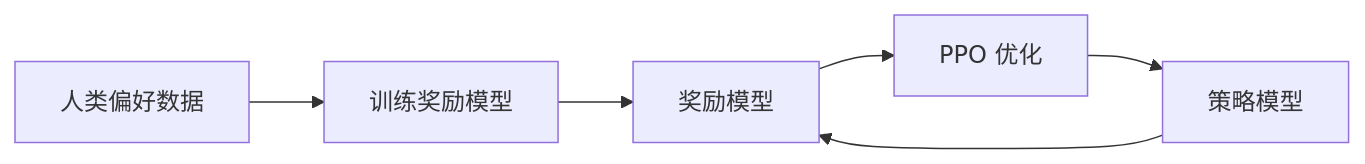
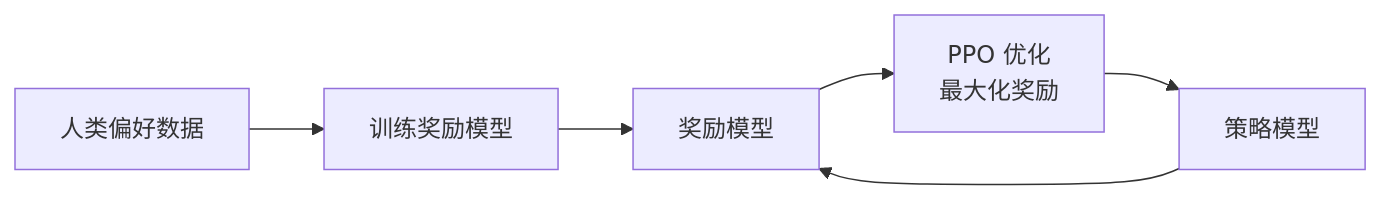
Before and after one commit to noisystreet/agent_keytech: the diagram in source/chapter_08_advanced/02_rlhf.rst, drawn with Mermaid. The commit also changed other lines of this file and 7 other files, not shown here.

```diff
--- a/source/chapter_08_advanced/02_rlhf.rst
+++ b/source/chapter_08_advanced/02_rlhf.rst
@@ -10,8 +13,8 @@
 .. mermaid::
 
    flowchart LR
        Data[人类偏好数据] --> Train[训练奖励模型]
        Train --> RM[奖励模型]
-       RM --> PPO[PPO 优化]
+       RM --> PPO[PPO 优化<br>最大化奖励]
        PPO --> Policy[策略模型]
        Policy --> RM
```
